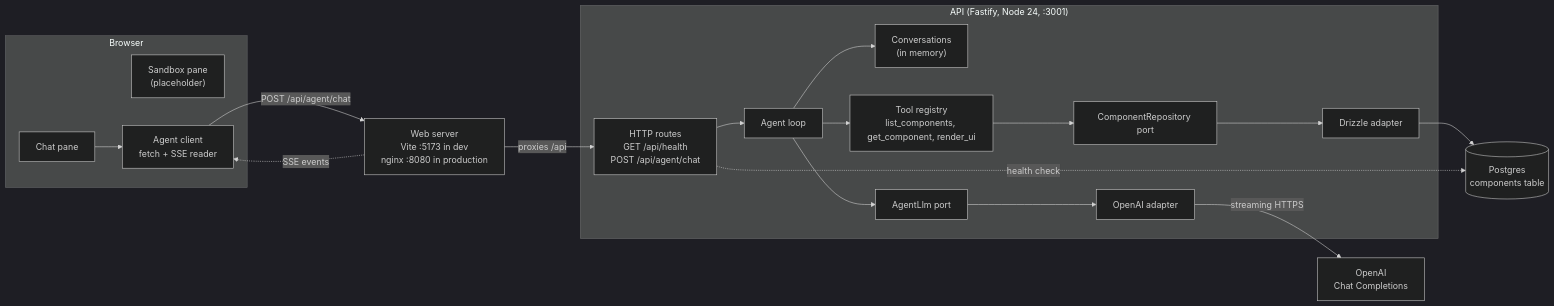
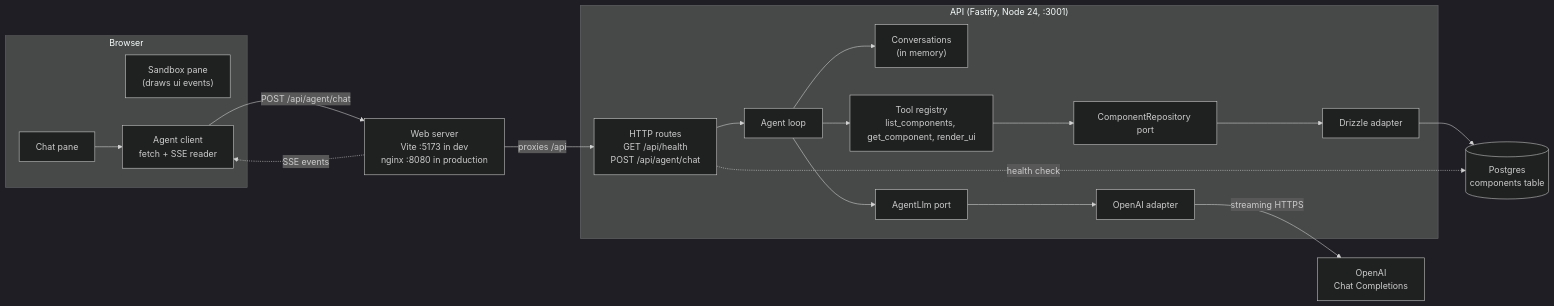
Before and after one commit to daniel-citrus/genui-prototype: the first of 3 diagrams in docs/ARCHITECTURE.md, drawn with Mermaid (dark theme). The commit also changed other lines of this file and 8 other files, not shown here.

````diff
--- a/docs/ARCHITECTURE.md
+++ b/docs/ARCHITECTURE.md
@@ -22,39 +22,39 @@
 ```mermaid
 flowchart LR
   subgraph Browser
     Chat["Chat pane"]
-    Sandbox["Sandbox pane<br/>(placeholder)"]
+    Sandbox["Sandbox pane<br/>(draws ui events)"]
     Client["Agent client<br/>fetch + SSE reader"]
     Chat --> Client
   end
 
   Edge["Web server<br/>Vite :5173 in dev<br/>nginx :8080 in production"]
 
   subgraph API ["API (Fastify, Node 24, :3001)"]
     Routes["HTTP routes<br/>GET /api/health<br/>POST /api/agent/chat"]
     Loop["Agent loop"]
     Convos["Conversations<br/>(in memory)"]
     Tools["Tool registry<br/>list_components, get_component, render_ui"]
     LlmPort["AgentLlm port"]
     RepoPort["ComponentRepository port"]
     OpenAIAdapter["OpenAI adapter"]
     DbAdapter["Drizzle adapter"]
     Routes --> Loop
     Loop --> Convos
     Loop --> Tools
     Loop --> LlmPort
     Tools --> RepoPort
     LlmPort --> OpenAIAdapter
     RepoPort --> DbAdapter
   end
 
   OpenAI["OpenAI<br/>Chat Completions"]
   DB[("Postgres<br/>components table")]
 
   Client -- "POST /api/agent/chat" --> Edge
   Edge -- "proxies /api" --> Routes
   Edge -. "SSE events" .-> Client
   OpenAIAdapter -- "streaming HTTPS" --> OpenAI
   DbAdapter --> DB
   Routes -. "health check" .-> DB
 ```
````
